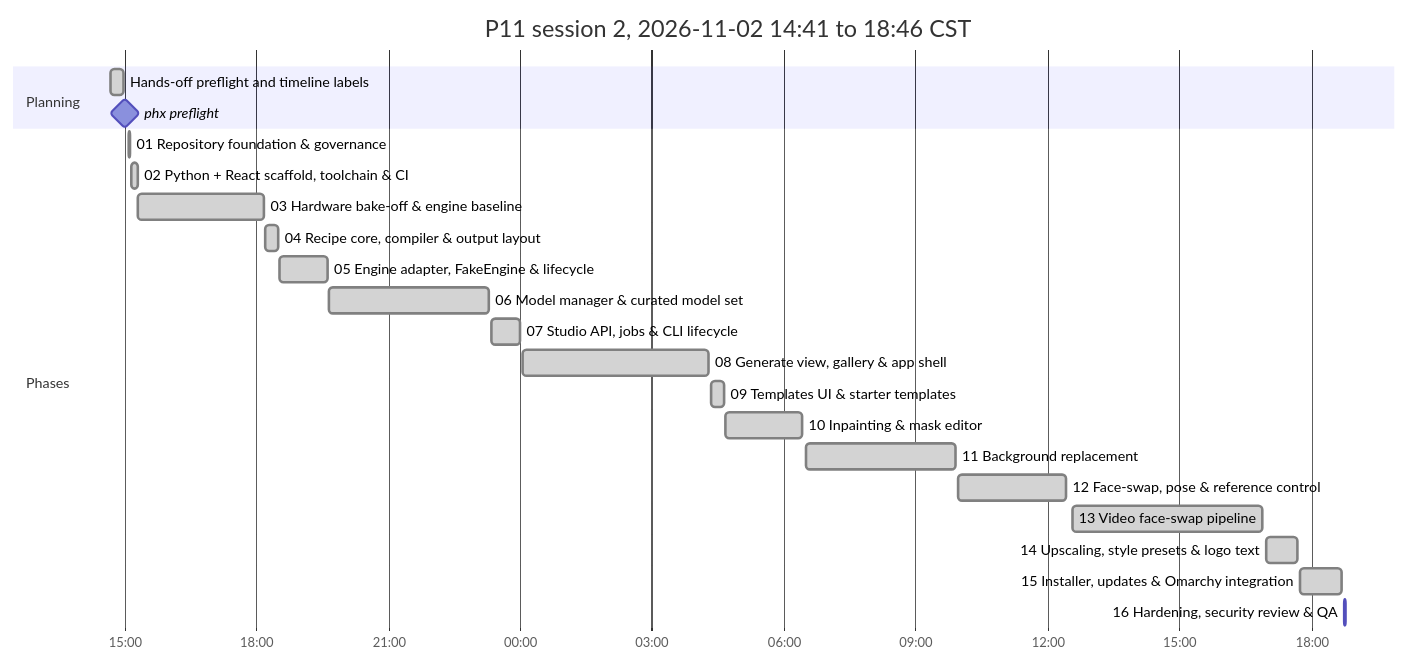
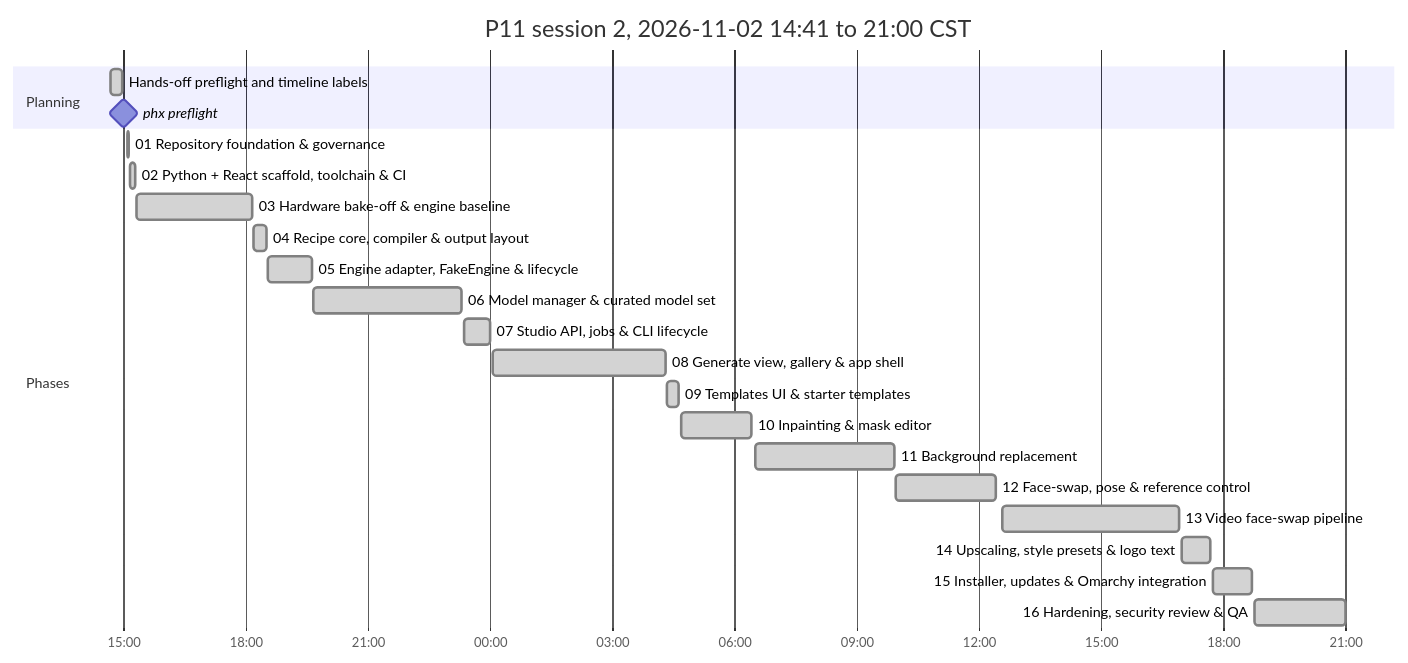
Before and after one commit to antonizick/project1111: the second of 2 diagrams in P11_IMPLEMENTATION_PLAN.md, drawn with Mermaid. The commit also changed other lines of this file and 1 other file, not shown here.

Commit message:
docs(plan): refresh timeline

````diff
--- a/P11_IMPLEMENTATION_PLAN.md
+++ b/P11_IMPLEMENTATION_PLAN.md
@@ -74,26 +74,26 @@
 ```mermaid
 gantt
-    title P11 session 2, 2026-11-02 14:41 to 18:46 CST
+    title P11 session 2, 2026-11-02 14:41 to 21:00 CST
     dateFormat YYYY-MM-DD HH:mm
     axisFormat %H:%M
     section Planning
     Hands-off preflight and timeline labels :done, plan3, 2026-11-02 14:41, 2026-11-02 14:59
     phx preflight :milestone, pf13ee0d5, 2026-11-02 15:00, 0m
     section Phases
     01 Repository foundation & governance :done, p01s2, 2026-11-02 15:05, 2026-11-02 15:08
     02 Python + React scaffold, toolchain & CI :done, p02s2, 2026-11-02 15:09, 2026-11-02 15:18
     03 Hardware bake-off & engine baseline :done, p03s2, 2026-11-02 15:19, 2026-11-02 18:10
     04 Recipe core, compiler & output layout :done, p04s2, 2026-11-02 18:12, 2026-11-02 18:30
     05 Engine adapter, FakeEngine & lifecycle :done, p05s2, 2026-11-02 18:32, 2026-11-02 19:37
     06 Model manager & curated model set :done, p06s2, 2026-11-02 19:39, 2026-11-02 23:18
     07 Studio API, jobs & CLI lifecycle :done, p07s2, 2026-11-02 23:21, 2026-11-03 00:00
     08 Generate view, gallery & app shell :done, p08s2, 2026-11-03 00:03, 2026-11-03 04:18
     09 Templates UI & starter templates :done, p09s2, 2026-11-03 04:21, 2026-11-03 04:38
     10 Inpainting & mask editor :done, p10s2, 2026-11-03 04:41, 2026-11-03 06:25
     11 Background replacement :done, p11s2, 2026-11-03 06:31, 2026-11-03 09:55
     12 Face-swap, pose & reference control :done, p12s2, 2026-11-03 09:58, 2026-11-03 12:25
     13 Video face-swap pipeline :done, p13s2, 2026-11-03 12:34, 2026-11-03 16:54
     14 Upscaling, style presets & logo text :done, p14s2, 2026-11-03 16:58, 2026-11-03 17:41
     15 Installer, updates & Omarchy integration :done, p15s2, 2026-11-03 17:45, 2026-11-03 18:42
-    16 Hardening, security review & QA :active, p16s2, 2026-11-03 18:46, 2026-11-03 18:47
+    16 Hardening, security review & QA :done, p16s2, 2026-11-03 18:46, 2026-11-03 21:00
 ```
````
